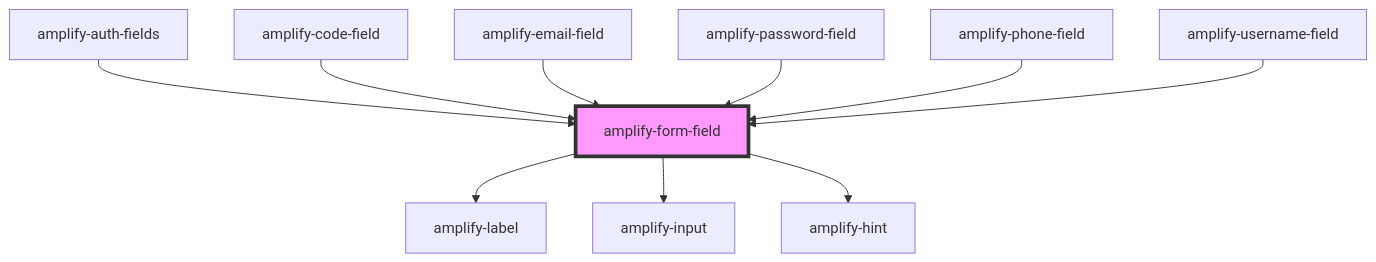
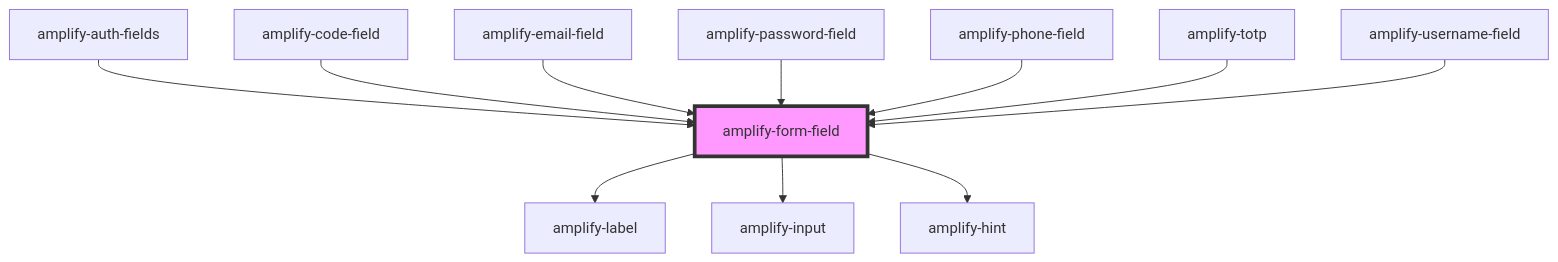
Before and after one commit to aws-amplify/amplify-js: the diagram in packages/amplify-ui-components/src/components/amplify-form-field/readme.md, drawn with Mermaid. The commit also changed other lines of this file and 10 other files, not shown here.

````diff
--- a/packages/amplify-ui-components/src/components/amplify-form-field/readme.md
+++ b/packages/amplify-ui-components/src/components/amplify-form-field/readme.md
@@ -43,13 +44,14 @@
 ```mermaid
 graph TD;
   amplify-form-field --> amplify-label
   amplify-form-field --> amplify-input
   amplify-form-field --> amplify-hint
   amplify-auth-fields --> amplify-form-field
   amplify-code-field --> amplify-form-field
   amplify-email-field --> amplify-form-field
   amplify-password-field --> amplify-form-field
   amplify-phone-field --> amplify-form-field
+  amplify-totp --> amplify-form-field
   amplify-username-field --> amplify-form-field
   style amplify-form-field fill:#f9f,stroke:#333,stroke-width:4px
 ```
````
